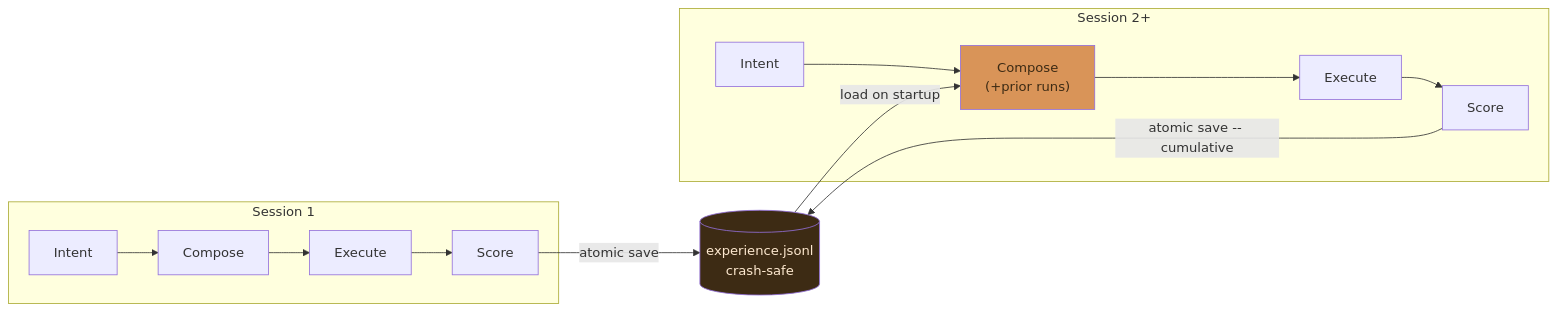
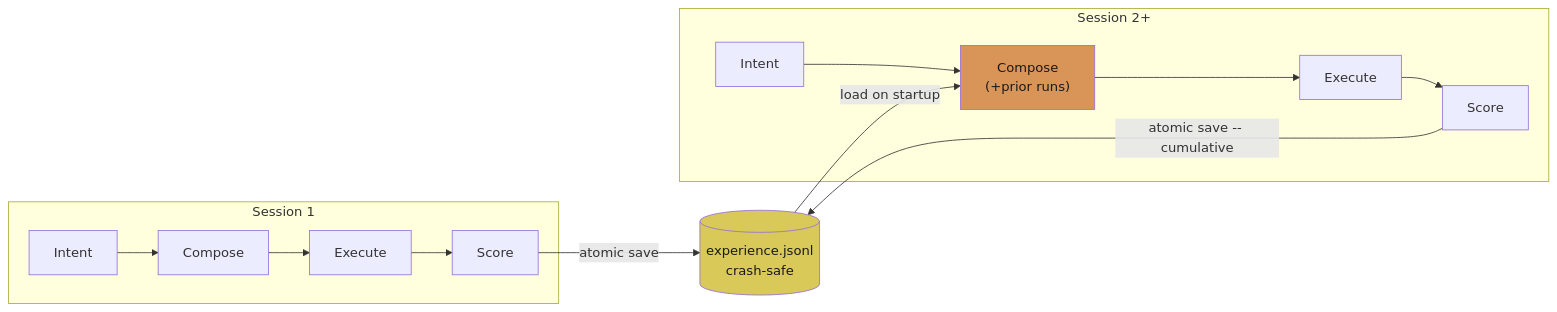
Diagram 11 of 25 in README.md (JosephOIbrahim/Comfy-Cozy), drawn with Mermaid before and after one commit. The commit also changed other lines of this file, not shown here.

First line of the commit message:
[DOCS] Mermaid palette: two-tone muted orange/yellow with black text

````diff
--- a/README.md
+++ b/README.md
@@ -641,15 +641,15 @@
 ```mermaid
 graph LR
     subgraph Session1 ["Session 1"]
         I1["Intent"] --> C1["Compose"] --> E1["Execute"] --> S1["Score"]
     end
     subgraph Session2 ["Session 2+"]
         I2["Intent"] --> C2["Compose<br/>(+prior runs)"] --> E2["Execute"] --> S2["Score"]
     end
     S1 -->|"atomic save"| JSONL[("experience.jsonl<br/>crash-safe")]
     JSONL -->|"load on startup"| C2
     S2 -->|"atomic save -- cumulative"| JSONL
 
-    style JSONL fill:#3d2b14,color:#fde8cf
-    style C2 fill:#d99458,color:#3d2b14
+    style JSONL fill:#d9c958,color:#1a1a1a
+    style C2 fill:#d99458,color:#1a1a1a
 ```
````
